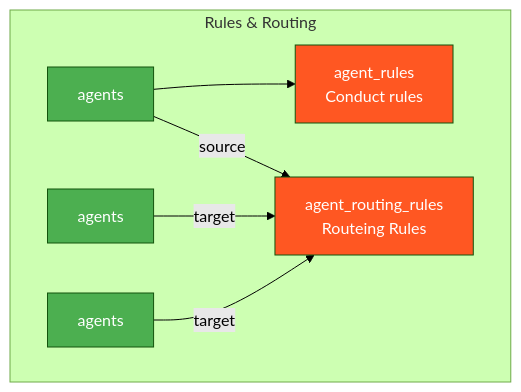
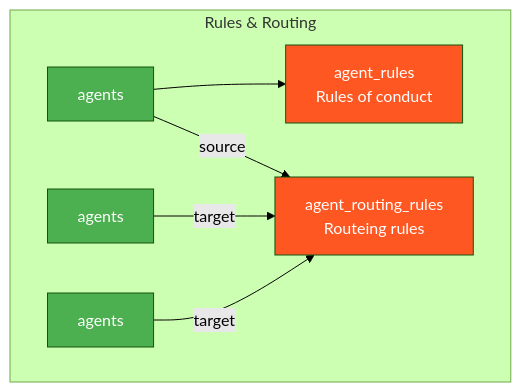
Before and after one commit to Maxi-online/hr-intelligence-platform: the fifth of 11 diagrams in components/office_services/central_database/DATABASE_DIAGRAM.md, drawn with Mermaid (forest theme). The commit also changed other lines of this file and 11 other files, not shown here.

````diff
--- a/components/office_services/central_database/DATABASE_DIAGRAM.md
+++ b/components/office_services/central_database/DATABASE_DIAGRAM.md
@@ -409,22 +409,22 @@
 ```mermaid
 graph TB
     subgraph "Rules & Routing"
         A1[agents]
         A2[agents]
         A3[agents]
         
-        R[agent_rules<br/> Conduct rules]
-        RR[agent_routing_rules<br/> Routeing Rules]
+        R[agent_rules<br/>Rules of conduct]
+        RR[agent_routing_rules<br/>Routeing rules]
         
         A1 --> R
         A1 -->|source| RR
         A2 -->|target| RR
         A3 -->|target| RR
     end
     
     style A1 fill:#4CAF50,color:#fff
     style A2 fill:#4CAF50,color:#fff
     style A3 fill:#4CAF50,color:#fff
     style R fill:#FF5722,color:#fff
     style RR fill:#FF5722,color:#fff
 ```
````
